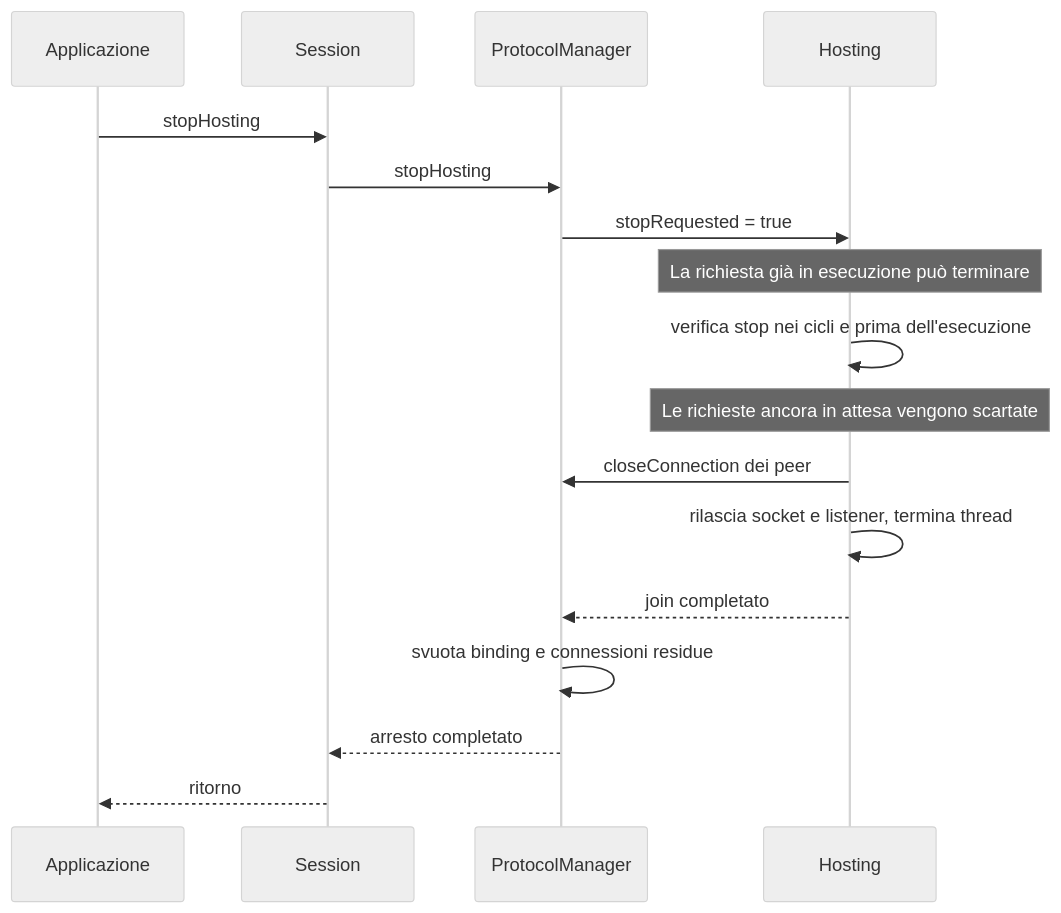
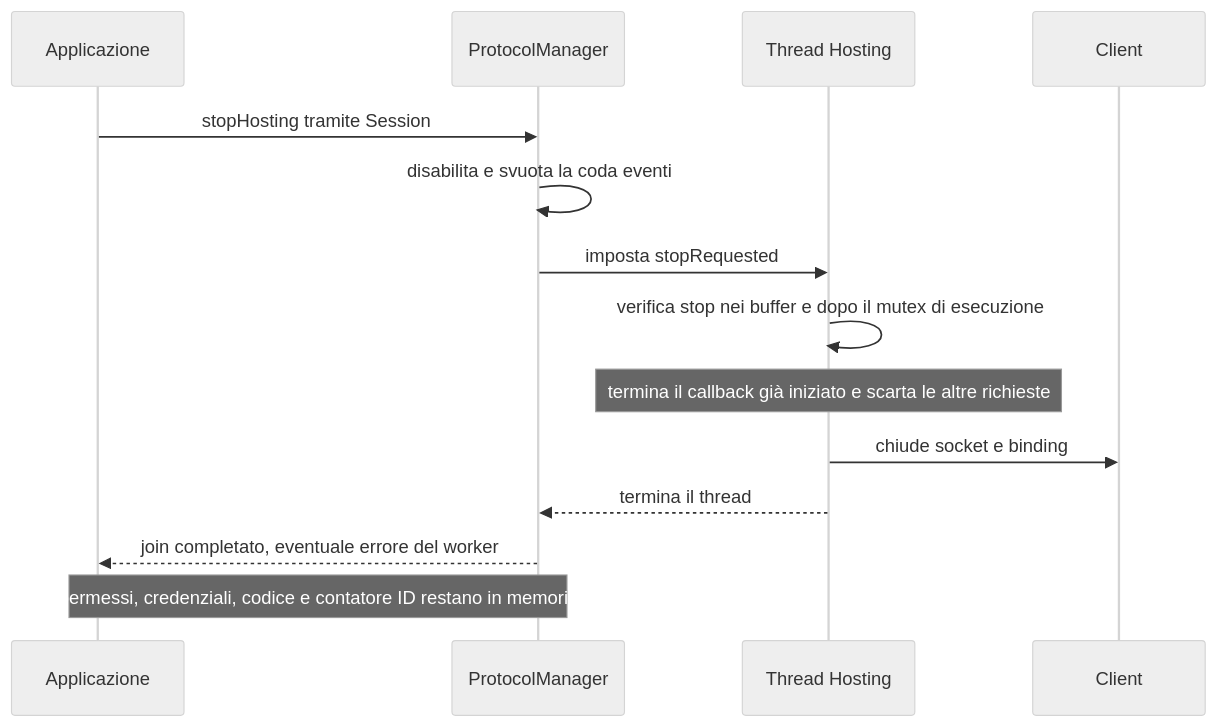
Before and after one commit to ForzaElettromotrice/GolarionHelper: the sixth of 8 diagrams in .context/session-flows.md, drawn with Mermaid (neutral theme). The commit also changed other lines of this file and 59 other files, not shown here.

````diff
--- a/.context/session-flows.md
+++ b/.context/session-flows.md
@@ -170,19 +135,16 @@
 ```mermaid
 sequenceDiagram
     participant App as Applicazione
-    participant S as Session
     participant PM as ProtocolManager
-    participant H as Hosting
-    App->>S: stopHosting
-    S->>PM: stopHosting
-    PM->>H: stopRequested = true
-    Note over H: La richiesta già in esecuzione può terminare
-    H->>H: verifica stop nei cicli e prima dell'esecuzione
-    Note over H: Le richieste ancora in attesa vengono scartate
-    H->>PM: closeConnection dei peer
-    H->>H: rilascia socket e listener, termina thread
-    H-->>PM: join completato
-    PM->>PM: svuota binding e connessioni residue
-    PM-->>S: arresto completato
-    S-->>App: ritorno
+    participant H as Thread Hosting
+    participant Peer as Client
+    App->>PM: stopHosting tramite Session
+    PM->>PM: disabilita e svuota la coda eventi
+    PM->>H: imposta stopRequested
+    H->>H: verifica stop nei buffer e dopo il mutex di esecuzione
+    Note over H: termina il callback già iniziato e scarta le altre richieste
+    H->>Peer: chiude socket e binding
+    H-->>PM: termina il thread
+    PM-->>App: join completato, eventuale errore del worker
+    Note over App,PM: permessi, credenziali, codice e contatore ID restano in memoria
 ```
````
